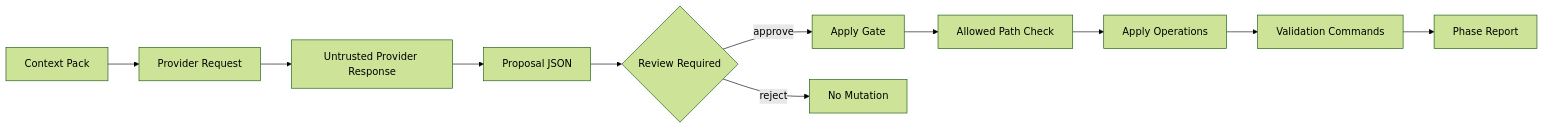
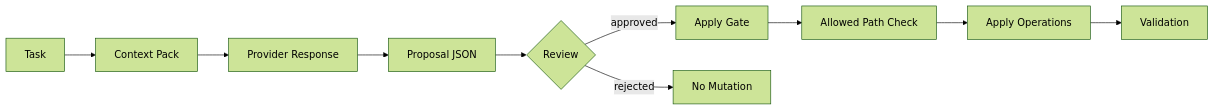
The fifth of 7 diagrams in README.md (ProfRandom92/comptext-cli), drawn with Mermaid (forest theme) before and after one commit. The commit also changed other lines of this file, not shown here.

````diff
--- a/README.md
+++ b/README.md
@@ -404,13 +295,12 @@
 ```mermaid
 flowchart LR
-    A[Context Pack] --> B[Provider Request]
-    B --> C[Untrusted Provider Response]
+    A[Task] --> B[Context Pack]
+    B --> C[Provider Response]
     C --> D[Proposal JSON]
-    D --> E{Review Required}
-    E -->|approve| F[Apply Gate]
-    E -->|reject| G[No Mutation]
+    D --> E{Review}
+    E -->|approved| F[Apply Gate]
+    E -->|rejected| G[No Mutation]
     F --> H[Allowed Path Check]
     H --> I[Apply Operations]
-    I --> J[Validation Commands]
-    J --> K[Phase Report]
+    I --> J[Validation]
 ```
````
